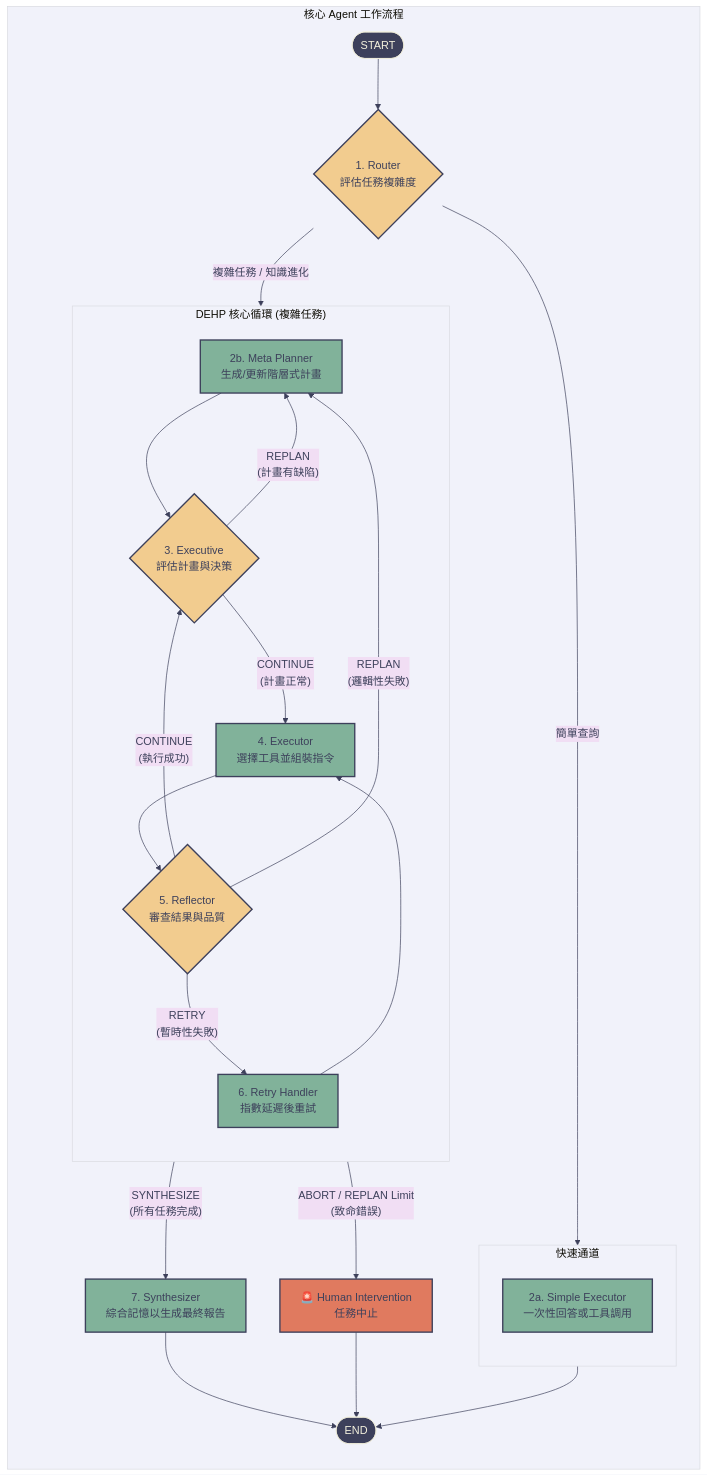
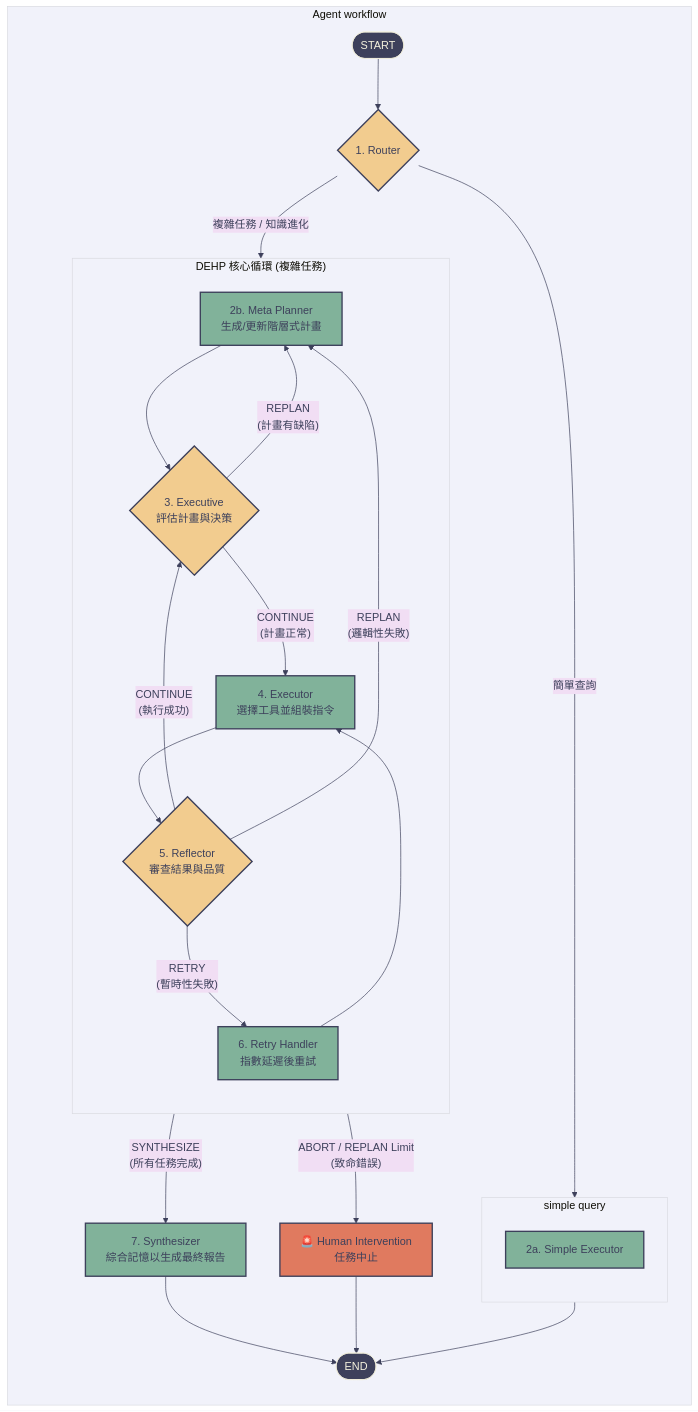
The second of 2 diagrams in README.md (WRSHIH/Cognitagent), drawn with Mermaid before and after one commit. The commit also changed other lines of this file, not shown here.

````diff
--- a/README.md
+++ b/README.md
@@ -234,62 +235,62 @@
 ```mermaid
 %%{init: {'theme': 'base', 'themeVariables': { 'primaryColor': '#F4F1DE', 'primaryTextColor': '#3D405B', 'lineColor': '#3D405B', 'textColor': '#3D405B', 'actorBorder': '#3D405B', 'actorBkg': '#F4F1DE'}}}%%
 graph TD
-    subgraph "核心 Agent 工作流程"
+    subgraph "Agent workflow"
         direction TB
-        A_START([START]) --> B_ROUTER{1. Router<br>評估任務複雜度};
+        A_START([START]) --> B_ROUTER{1. Router<br>};
 
-        subgraph "快速通道"
+        subgraph "simple query"
             direction TB
-            C_SIMPLE[2a. Simple Executor<br>一次性回答或工具調用];
+            C_SIMPLE[2a. Simple Executor<br>];
         end
 
         subgraph "DEHP 核心循環 (複雜任務)"
             direction TB
             D_PLANNER[2b. Meta Planner<br>生成/更新階層式計畫];
             E_EXECUTIVE{3. Executive<br>評估計畫與決策};
             F_EXECUTOR[4. Executor<br>選擇工具並組裝指令];
             G_REFLECTOR{5. Reflector<br>審查結果與品質};
             H_RETRY[6. Retry Handler<br>指數延遲後重試];
         end
         
         I_SYNTHESIZER[7. Synthesizer<br>綜合記憶以生成最終報告];
         J_HUMAN_INTERVENTION[🚨 Human Intervention<br>任務中止];
         K_END([END]);
 
         %% 流程連接
         B_ROUTER -- "簡單查詢" --> C_SIMPLE;
         B_ROUTER -- "複雜任務 / 知識進化" --> D_PLANNER;
 
         C_SIMPLE --> K_END;
 
         D_PLANNER --> E_EXECUTIVE;
         
         E_EXECUTIVE -- "CONTINUE<br>(計畫正常)" --> F_EXECUTOR;
         E_EXECUTIVE -- "REPLAN<br>(計畫有缺陷)" --> D_PLANNER;
         E_EXECUTIVE -- "SYNTHESIZE<br>(所有任務完成)" --> I_SYNTHESIZER;
         
         F_EXECUTOR --> G_REFLECTOR;
 
         G_REFLECTOR -- "CONTINUE<br>(執行成功)" --> E_EXECUTIVE;
         G_REFLECTOR -- "REPLAN<br>(邏輯性失敗)" --> D_PLANNER;
         G_REFLECTOR -- "RETRY<br>(暫時性失敗)" --> H_RETRY;
         G_REFLECTOR -- "ABORT / REPLAN Limit<br>(致命錯誤)" --> J_HUMAN_INTERVENTION;
 
         H_RETRY --> F_EXECUTOR;
         
         I_SYNTHESIZER --> K_END;
         J_HUMAN_INTERVENTION --> K_END;
 
     end
 
     %% 節點樣式
     classDef startEnd fill:#3D405B,stroke:#F4F1DE,color:#F4F1DE;
     classDef decision fill:#F2CC8F,stroke:#3D405B,stroke-width:2px;
     classDef process fill:#81B29A,stroke:#3D405B,stroke-width:2px;
     classDef error fill:#E07A5F,stroke:#3D405B,stroke-width:2px;
 
     class A_START,K_END startEnd;
     class B_ROUTER,E_EXECUTIVE,G_REFLECTOR decision;
     class C_SIMPLE,D_PLANNER,F_EXECUTOR,H_RETRY,I_SYNTHESIZER process;
     class J_HUMAN_INTERVENTION error;
 ```
````
